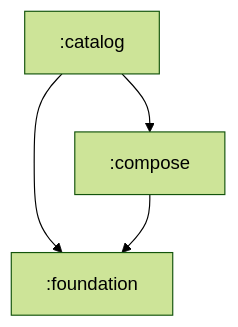
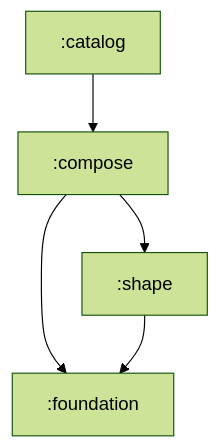
Before and after one commit to cortena/cortenaui: the diagram in docs/ARCHITECTURE.md, drawn with Mermaid (forest theme). The commit also changed other lines of this file and 22 other files, not shown here.

````diff
--- a/docs/ARCHITECTURE.md
+++ b/docs/ARCHITECTURE.md
@@ -5,6 +5,7 @@
 ```mermaid
 graph TD
     catalog["`:catalog`"] --> compose["`:compose`"]
-    catalog --> foundation["`:foundation`"]
+    compose --> shape["`:shape`"]
     compose --> foundation["`:foundation`"]
+    shape --> foundation
 ```
````
